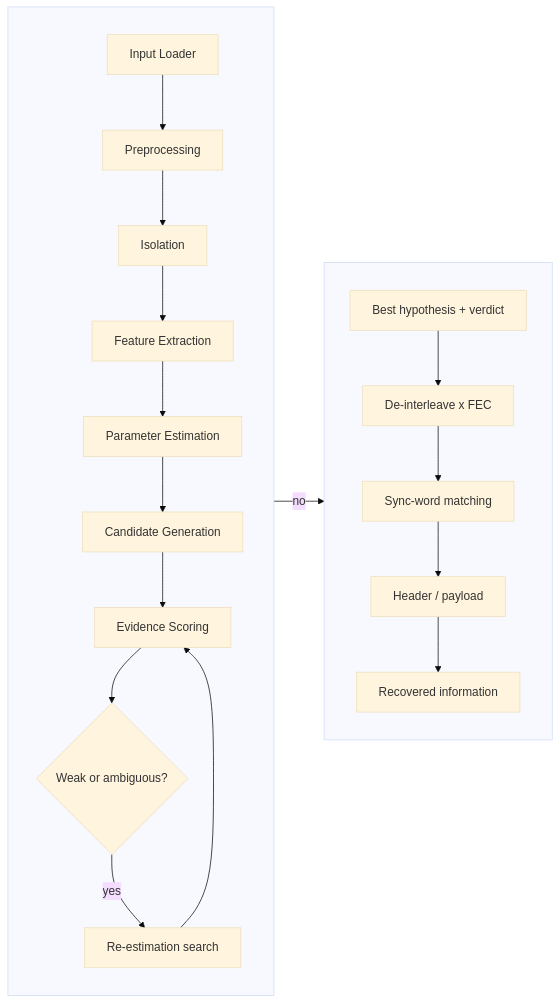
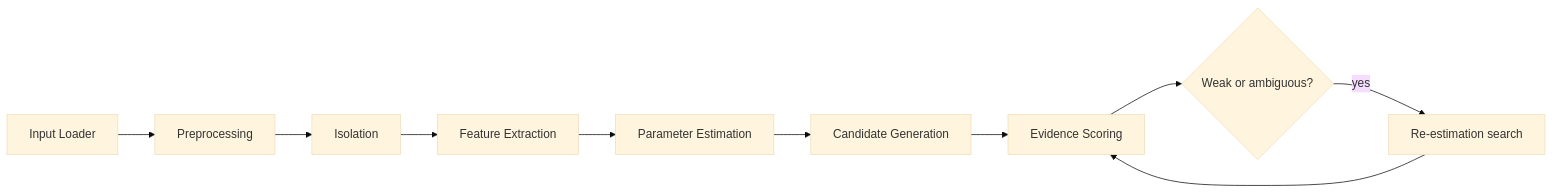
The second of 4 diagrams in README.md (Akhil-0911/SigIQ), drawn with Mermaid (base theme) before and after one commit. The commit also changed other lines of this file, not shown here.

Commit message:
Split the pipeline flowchart into two separate diagrams
The single diagram using subgraphs with mixed inner/outer directions
was rendering broken on GitHub: the second subgraph detached and
floated over the viewer's zoom controls instead of sitting next to
the first. Replaced with two independent flowchart LR diagrams, each
short and wide, one after another with a one-line transition between
them. No subgraph nesting, so it renders reliably.

````diff
--- a/README.md
+++ b/README.md
@@ -102,16 +104,7 @@
 ```mermaid
 flowchart LR
-    subgraph Part1[" "]
-        direction TB
-        L[Input Loader] --> P[Preprocessing] --> I[Isolation] --> F[Feature Extraction]
-        F --> E[Parameter Estimation] --> G[Candidate Generation] --> S[Evidence Scoring]
-        S --> W{Weak or ambiguous?}
-        W -- yes --> R[Re-estimation search] --> S
-    end
-    subgraph Part2[" "]
-        direction TB
-        V[Best hypothesis + verdict] --> D[De-interleave x FEC]
-        D --> H[Sync-word matching] --> PL[Header / payload] --> RI[Recovered information]
-    end
-    W -- no --> V
+    L[Input Loader] --> P[Preprocessing] --> I[Isolation] --> F[Feature Extraction]
+    F --> E[Parameter Estimation] --> G[Candidate Generation] --> S[Evidence Scoring]
+    S --> W{Weak or ambiguous?}
+    W -- yes --> R[Re-estimation search] --> S
 ```
````
